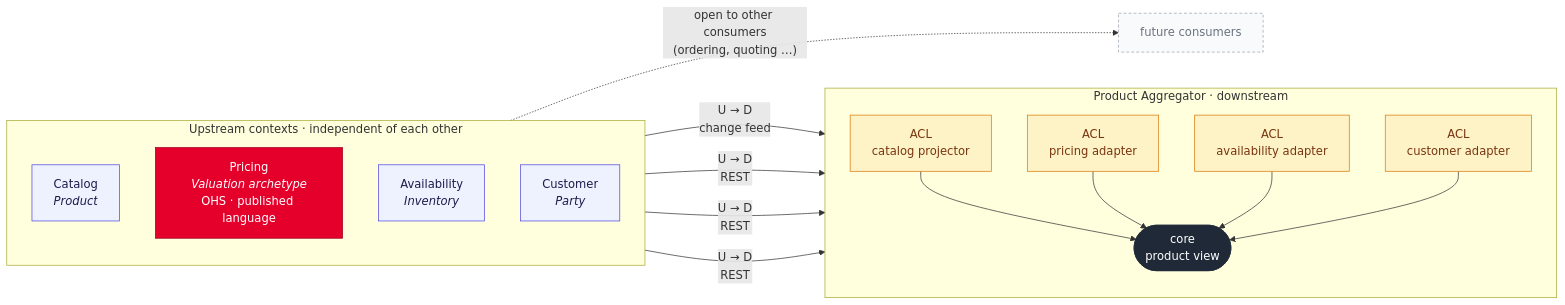
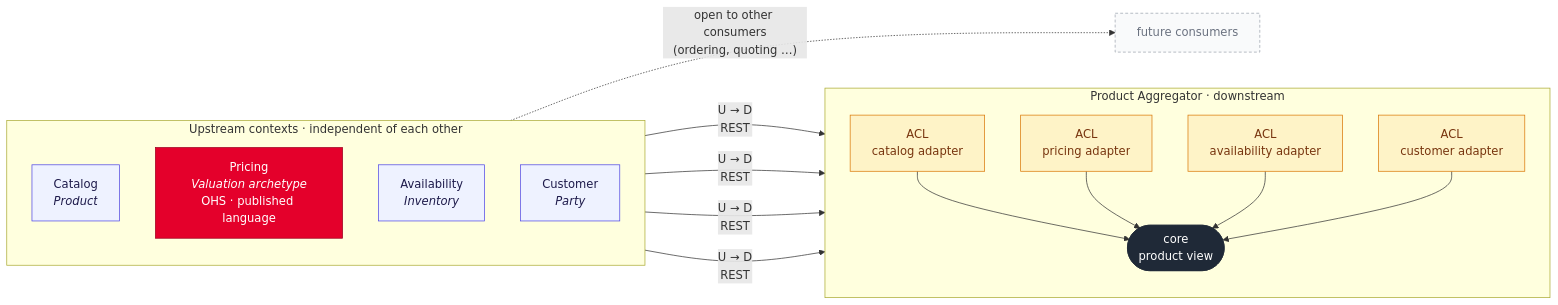
One commit to dawid-walter/shopper changed the diagram in docs/adr/0011-context-map-upstreams-behind-anti-corruption-layers-pricing-as-open-host-service.md. Above: the diagram before and after it, drawn with Mermaid. The commit also changed 7 other files, not shown here.

````diff
--- a/docs/adr/0011-context-map-upstreams-behind-anti-corruption-layers-pricing-as-open-host-service.md
+++ b/docs/adr/0011-context-map-upstreams-behind-anti-corruption-layers-pricing-as-open-host-service.md
@@ -37,35 +37,35 @@
 ```mermaid
 flowchart LR
   subgraph up["Upstream contexts · independent of each other"]
     direction TB
     CAT["Catalog<br/><i>Product</i>"]
     PRI["Pricing<br/><i>Valuation archetype</i><br/>OHS · published language"]
     AVA["Availability<br/><i>Inventory</i>"]
     CUS["Customer<br/><i>Party</i>"]
   end
   subgraph agg["Product Aggregator · downstream"]
     direction TB
-    A1["ACL<br/>catalog projector"]
+    A1["ACL<br/>catalog adapter"]
     A2["ACL<br/>pricing adapter"]
     A3["ACL<br/>availability adapter"]
     A4["ACL<br/>customer adapter"]
     CORE(["core<br/>product view"])
     A1 & A2 & A3 & A4 --> CORE
   end
-  CAT -- "U → D<br/>change feed" --> A1
+  CAT -- "U → D<br/>REST" --> A1
   PRI -- "U → D<br/>REST" --> A2
   AVA -- "U → D<br/>REST" --> A3
   CUS -- "U → D<br/>REST" --> A4
   PRI -. "open to other consumers<br/>(ordering, quoting …)" .-> OTHER["future consumers"]
 
   classDef upstream fill:#eef2ff,stroke:#4f46e5,color:#1e1b4b
   classDef ohs fill:#e4002b,stroke:#9f0020,color:#fff
   classDef acl fill:#fef3c7,stroke:#d97706,color:#78350f
   classDef core fill:#1f2937,stroke:#1f2937,color:#fff
   classDef future fill:#f9fafb,stroke:#9ca3af,color:#6b7280,stroke-dasharray:4 3
   class CAT,AVA,CUS upstream
   class PRI ohs
   class A1,A2,A3,A4 acl
   class CORE core
   class OTHER future
 ```
````
